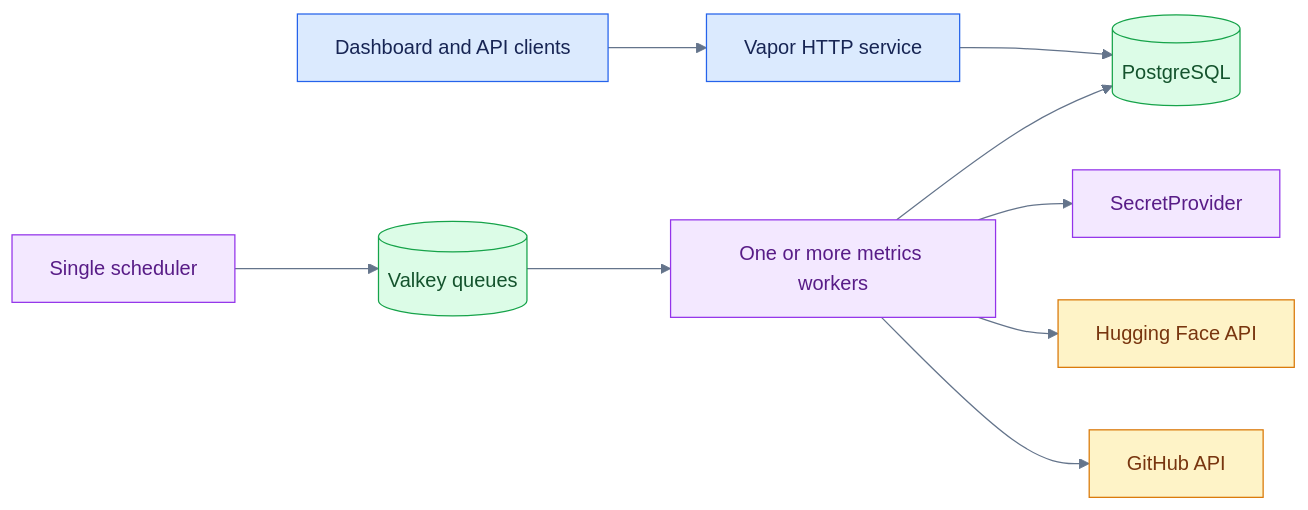
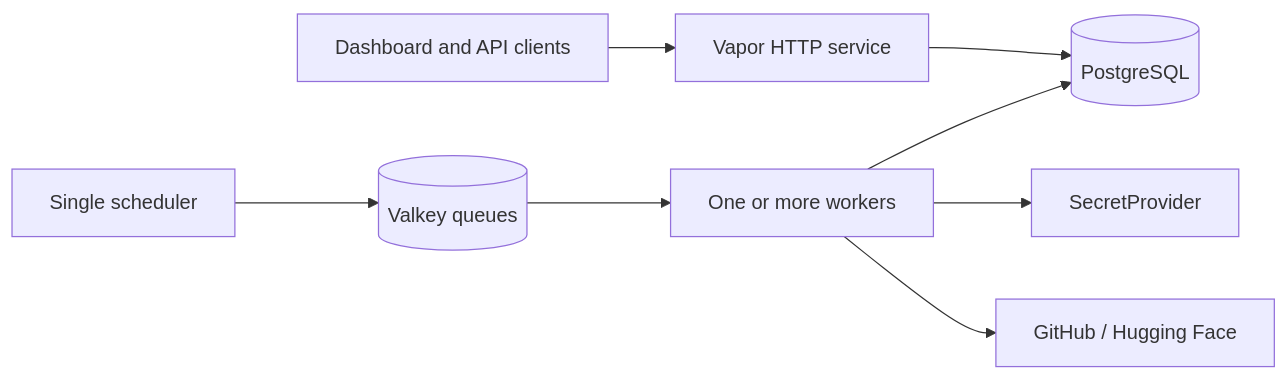
One commit to ICICLE-ai/icicle-insights changed the diagram in README.md. Above: the diagram before and after it, drawn with Mermaid. The commit also changed other lines of this file and 70 other files, not shown here.

````diff
--- a/README.md
+++ b/README.md
@@ -62,20 +53,10 @@
 ```mermaid
-%%{init: {"theme":"base","themeVariables":{"primaryColor":"#DBEAFE","primaryTextColor":"#172554","primaryBorderColor":"#2563EB","secondaryColor":"#DCFCE7","secondaryTextColor":"#14532D","secondaryBorderColor":"#16A34A","tertiaryColor":"#F3E8FF","tertiaryTextColor":"#581C87","tertiaryBorderColor":"#9333EA","lineColor":"#64748B","noteBkgColor":"#FEF3C7","noteTextColor":"#78350F","actorBkg":"#E0E7FF","actorBorder":"#4F46E5","actorTextColor":"#1E1B4B","signalColor":"#475569","signalTextColor":"#334155"}}}%%
 flowchart LR
     U[Dashboard and API clients] --> APP[Vapor HTTP service]
     APP --> DB[(PostgreSQL)]
     S[Single scheduler] --> Q[(Valkey queues)]
-    Q --> W[One or more metrics workers]
-    W --> GH[GitHub API]
-    W --> HF[Hugging Face API]
+    Q --> W[One or more workers]
+    W --> GH[GitHub / Hugging Face]
     W --> SP[SecretProvider]
     W --> DB
-    classDef app fill:#DBEAFE,stroke:#2563EB,color:#172554
-    classDef data fill:#DCFCE7,stroke:#16A34A,color:#14532D
-    classDef service fill:#F3E8FF,stroke:#9333EA,color:#581C87
-    classDef external fill:#FEF3C7,stroke:#D97706,color:#78350F
-    class U,APP app
-    class DB,Q data
-    class S,W,SP service
-    class GH,HF external
 ```
````
